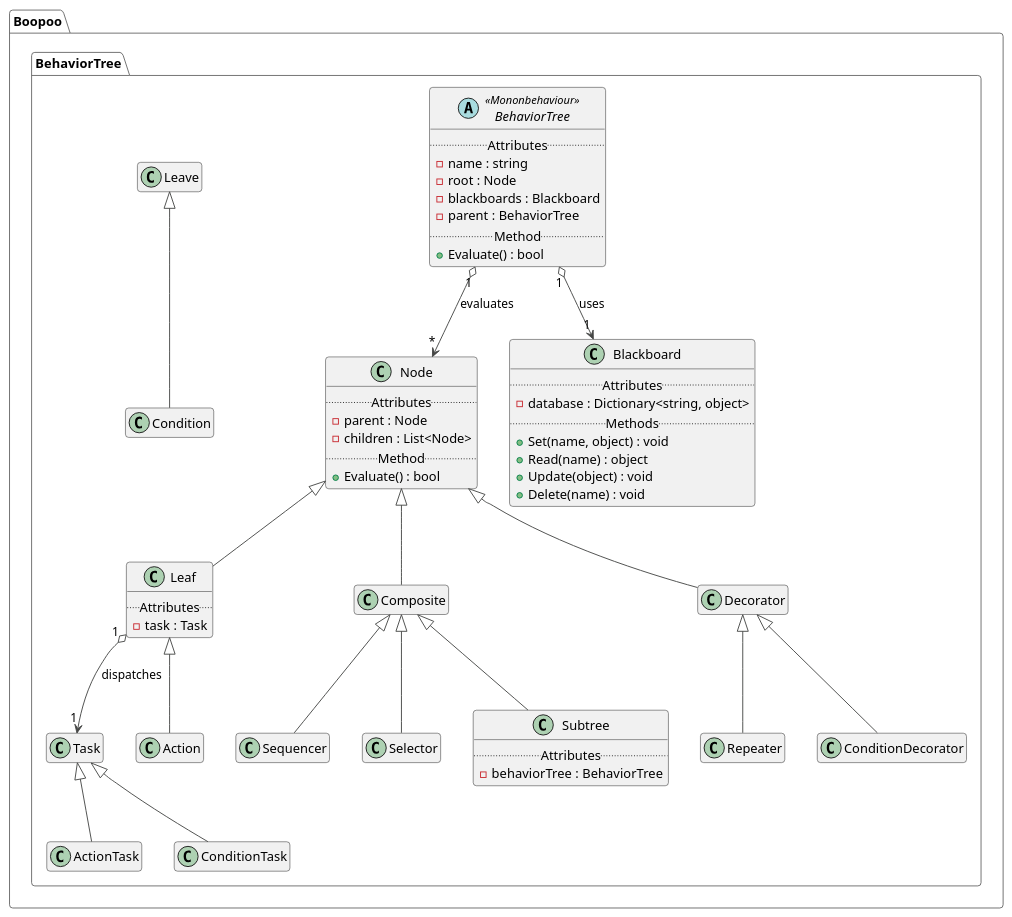
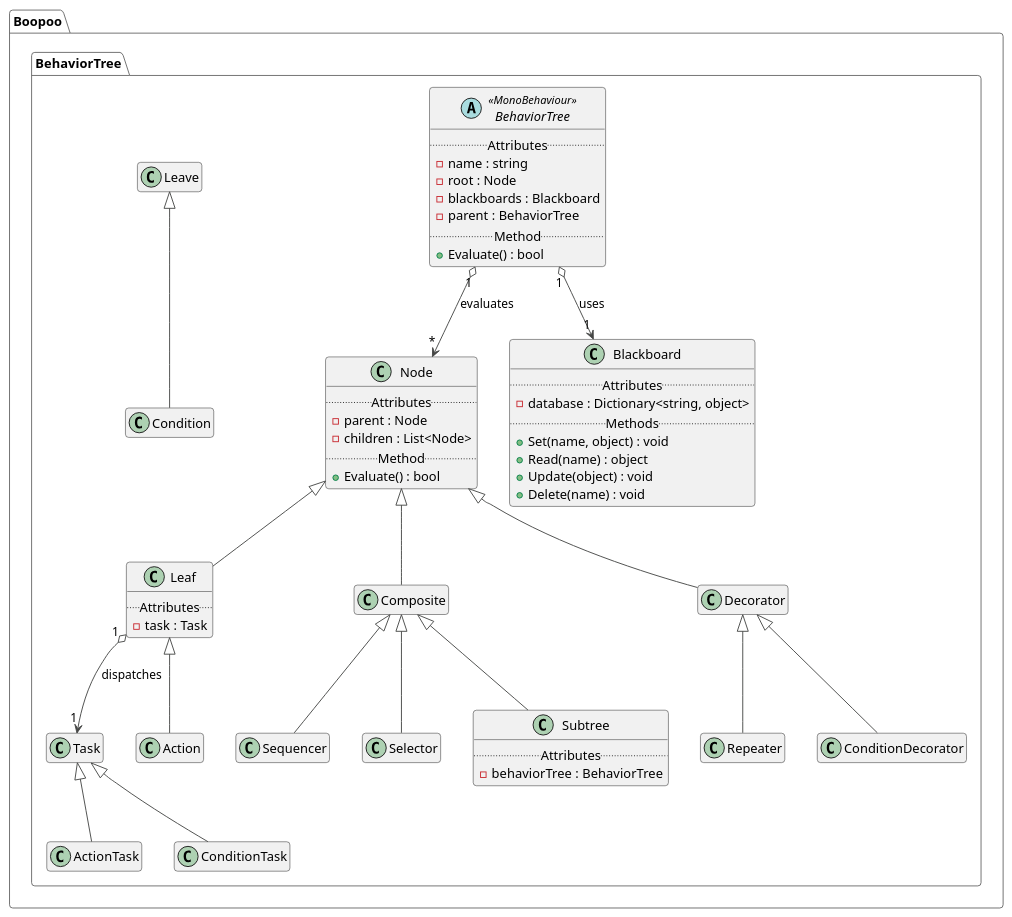
One commit to rui-boopoo/behavior-tree changed the diagram in 1 Design/class diagram.puml. Above: the diagram before and after it, drawn with PlantUML. The commit also changed 8 other files, not shown here.

Commit message:
Create class diagram for demo scene

```diff
--- a/1 Design/class diagram.puml
+++ b/1 Design/class diagram.puml
@@ -1,95 +1,95 @@
 @startuml BehaviorTree
 
 !theme vibrant
 hide empty members
 
 package "Boopoo.BehaviorTree" {
-    abstract class BehaviorTree <<Mononbehaviour>> {
+    abstract class BehaviorTree <<MonoBehaviour>> {
         .. Attributes ..
         - name : string
         - root : Node
         - blackboards : Blackboard
         - parent : BehaviorTree
         .. Method ..
         + Evaluate() : bool
     }
 
     BehaviorTree "1" o--> "*" Node : evaluates
     BehaviorTree "1" o--> "1" Blackboard : uses
 
     class Node {
         .. Attributes ..
         - parent : Node
         - children : List<Node>
         .. Method ..
         + Evaluate() : bool
     }
 
     class Leaf {
         .. Attributes ..
         - task : Task 
     }
     Node <|-- Leaf
     Leaf "1" o--> "1" Task : dispatches
 
     class Action {
     }
     Leaf <|-- Action
 
     class Condition {
     }
     Leave <|-- Condition
 
     class Composite {
     }
     Node <|-- Composite
 
     class Sequencer {
     }
     Composite <|-- Sequencer
 
     class Selector {
     }
     Composite  <|-- Selector
     
     class Subtree {
         .. Attributes ..
         - behaviorTree : BehaviorTree
     }
     Composite <|-- Subtree
 
     class Decorator {
     }
     Node <|-- Decorator
 
     class Repeater {
     }
     Decorator  <|-- Repeater
 
     class ConditionDecorator {
     }
     Decorator  <|-- ConditionDecorator
     
     class Task{
     }
 
     class ActionTask{
     }
     Task <|-- ActionTask
 
     class ConditionTask{
     }
     Task <|-- ConditionTask
 
     class Blackboard {
         .. Attributes ..
         - database : Dictionary<string, object>
         .. Methods ..
         + Set(name, object) : void
         + Read(name) : object
         + Update(object) : void
         + Delete(name) : void
     }
 }
 
 @enduml
```
